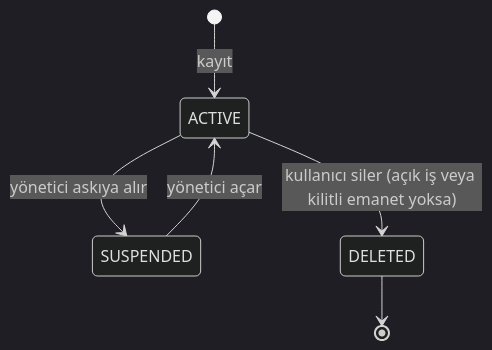
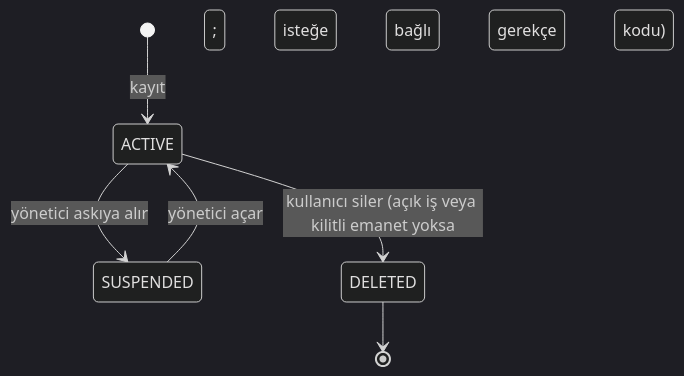
Diagram 20 of 27 in docs/deliverables/SDD.md (ataherdematay/Grad_Project), drawn with Mermaid (dark theme) before and after one commit. The commit also changed other lines of this file and 20 other files, not shown here.

````diff
--- a/docs/deliverables/SDD.md
+++ b/docs/deliverables/SDD.md
@@ -1410,8 +1677,8 @@
 ```mermaid
 stateDiagram-v2
     [*] --> ACTIVE : kayıt
     ACTIVE --> SUSPENDED : yönetici askıya alır
     SUSPENDED --> ACTIVE : yönetici açar
-    ACTIVE --> DELETED : kullanıcı siler (açık iş veya kilitli emanet yoksa)
+    ACTIVE --> DELETED : kullanıcı siler (açık iş veya kilitli emanet yoksa; isteğe bağlı gerekçe kodu)
     DELETED --> [*]
 ```
````
